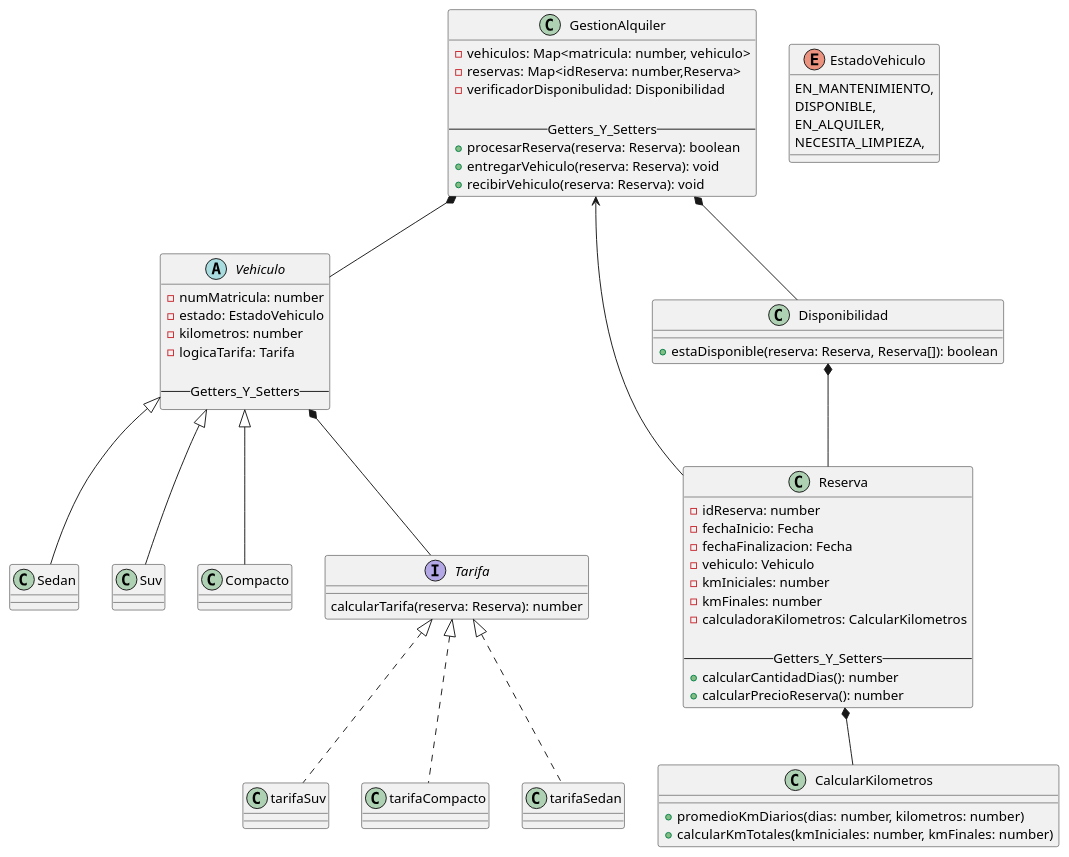
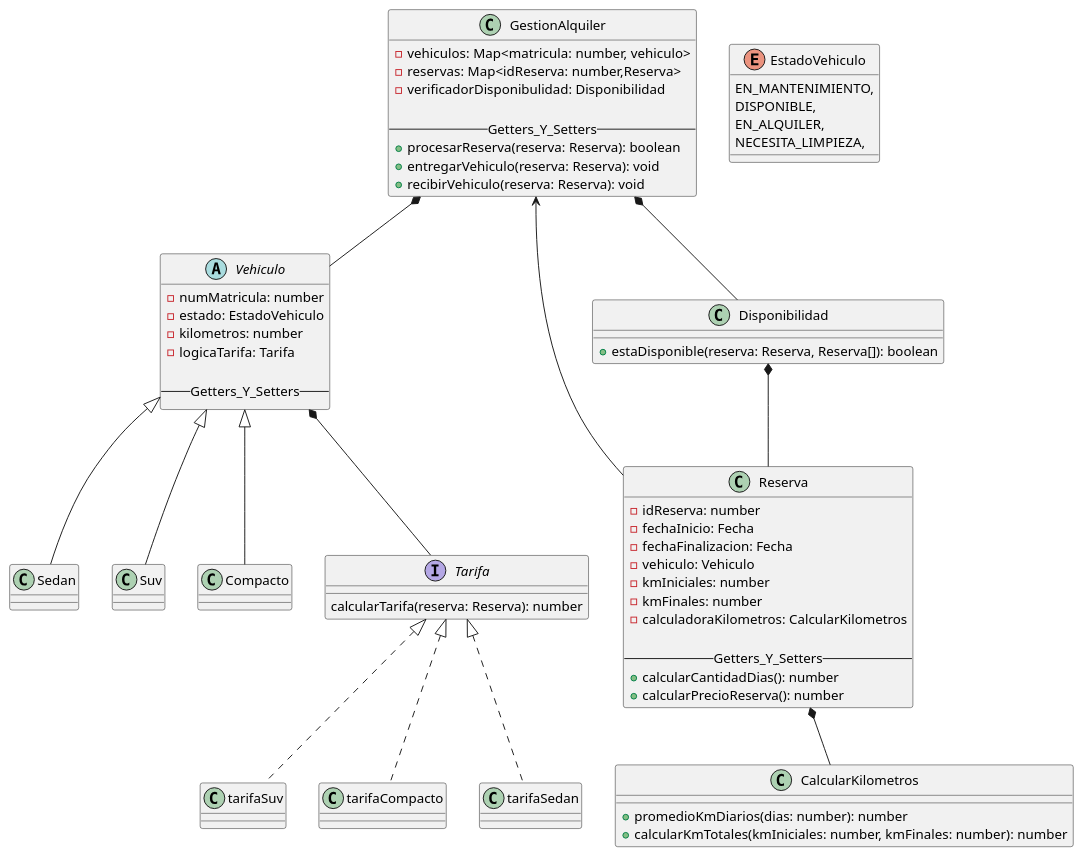
Before and after one commit to Nash-Blip/Programaci-n-II: the diagram in diagrama/diagramaDeClasesV2.puml, drawn with PlantUML.

```diff
--- a/diagrama/diagramaDeClasesV2.puml
+++ b/diagrama/diagramaDeClasesV2.puml
@@ -1,76 +1,76 @@
 @startuml name prototipoTP
 
 abstract class Vehiculo{
     -numMatricula: number
     -estado: EstadoVehiculo
     -kilometros: number
     -logicaTarifa: Tarifa
 
     --Getters_Y_Setters--
 }
 
 class Sedan extends Vehiculo{}
 class Suv extends Vehiculo{}
 class Compacto extends Vehiculo{}
 
 interface Tarifa{
     calcularTarifa(reserva: Reserva): number
 }
 
 class tarifaSuv implements Tarifa{}
 
 class tarifaCompacto implements Tarifa{}
 
 class tarifaSedan implements Tarifa{}
 
 class Reserva{
     -idReserva: number
     -fechaInicio: Fecha
     -fechaFinalizacion: Fecha
     -vehiculo: Vehiculo
     -kmIniciales: number
     -kmFinales: number
     -calculadoraKilometros: CalcularKilometros
 
     --Getters_Y_Setters--
     +calcularCantidadDias(): number
     +calcularPrecioReserva(): number
 }
 
 class CalcularKilometros{
-    +promedioKmDiarios(dias: number, kilometros: number)
-    +calcularKmTotales(kmIniciales: number, kmFinales: number)
+    +promedioKmDiarios(dias: number): number
+    +calcularKmTotales(kmIniciales: number, kmFinales: number): number
 }
 
 enum EstadoVehiculo{
     EN_MANTENIMIENTO,
     DISPONIBLE,
     EN_ALQUILER,
     NECESITA_LIMPIEZA,
 }
 
 class GestionAlquiler{
     -vehiculos: Map<matricula: number, vehiculo>
     -reservas: Map<idReserva: number,Reserva>
     -verificadorDisponibulidad: Disponibilidad
 
     --Getters_Y_Setters--
     +procesarReserva(reserva: Reserva): boolean
     +entregarVehiculo(reserva: Reserva): void
     +recibirVehiculo(reserva: Reserva): void
 }
 
 class Disponibilidad{
     +estaDisponible(reserva: Reserva, Reserva[]): boolean
 }
 
 
 ' Relaciones
 Vehiculo *-- Tarifa
 GestionAlquiler *-- Vehiculo
 Disponibilidad *-- Reserva
 Reserva *-- CalcularKilometros
 GestionAlquiler *-- Disponibilidad
 GestionAlquiler <-- Reserva
 
 @enduml
```
